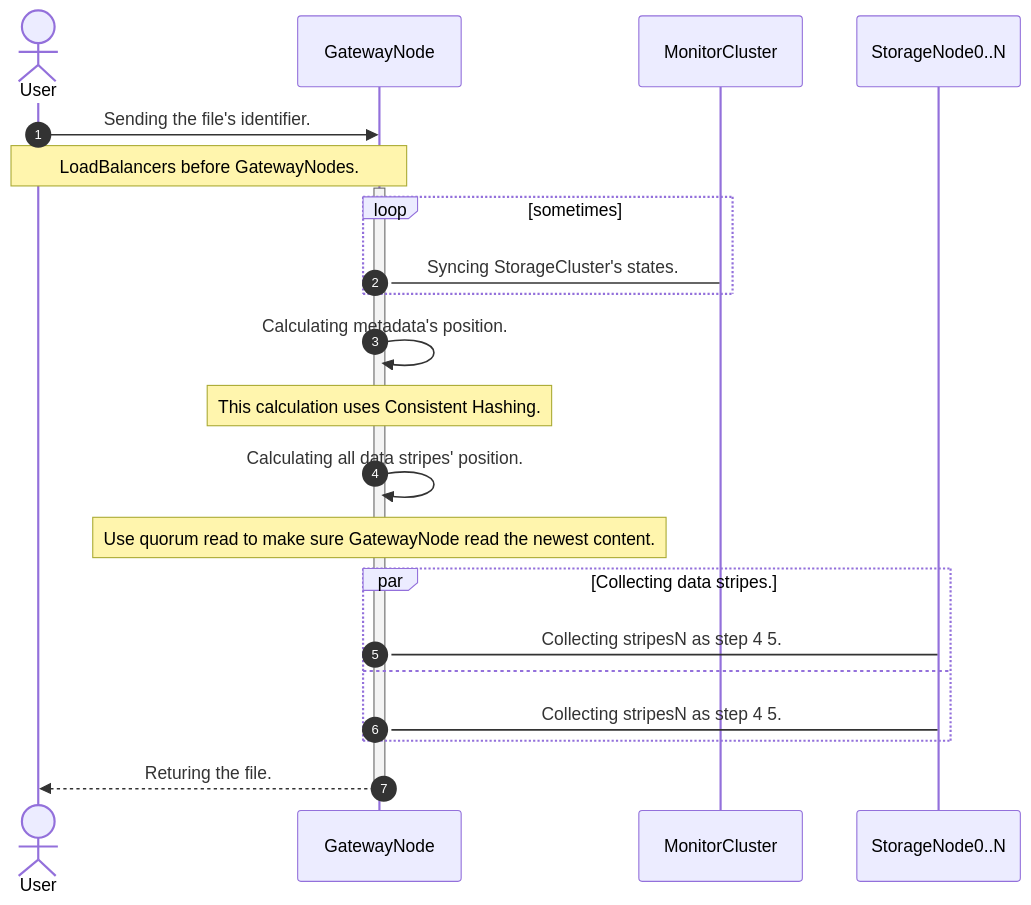
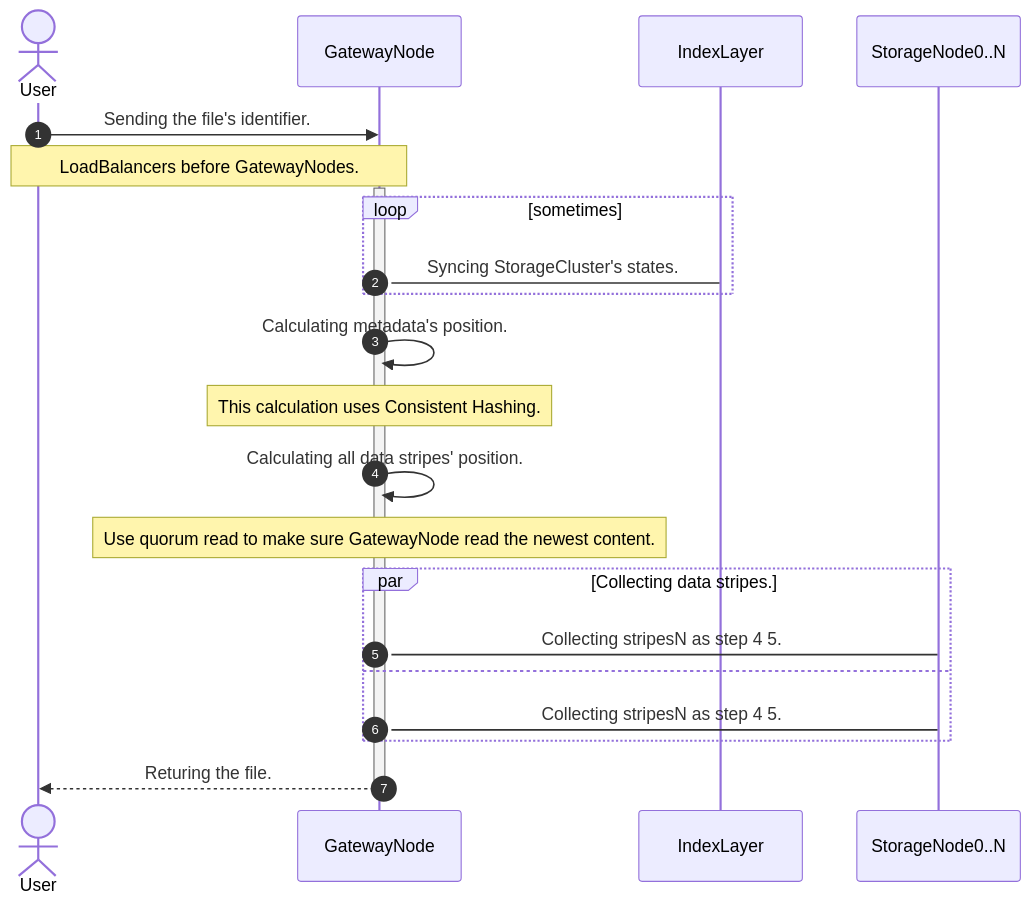
One commit to emon100/HADSS changed the second of 3 diagrams in README.md. Above: the diagram before and after it, drawn with Mermaid. The commit also changed other lines of this file and 1 other file, not shown here.

````diff
--- a/README.md
+++ b/README.md
@@ -77,28 +78,28 @@
 ```mermaid
 sequenceDiagram
     autonumber
     actor User
     
     User->>GatewayNode: Sending the file's identifier.
     Note over User, GatewayNode: LoadBalancers before GatewayNodes.
     activate GatewayNode
     
     loop sometimes
-        GatewayNode->MonitorCluster: Syncing StorageCluster's states.
+        GatewayNode->IndexLayer: Syncing StorageCluster's states.
     end
     
     GatewayNode->>GatewayNode: Calculating metadata's position. 
     Note over GatewayNode, GatewayNode: This calculation uses Consistent Hashing. 
     
     GatewayNode->>GatewayNode: Calculating all data stripes' position. 
     
     Note over GatewayNode, GatewayNode: Use quorum read to make sure GatewayNode read the newest content. 
     par Collecting data stripes.
     GatewayNode->StorageNode0..N: Collecting stripesN as step 4 5.
     and
     GatewayNode->StorageNode0..N: Collecting stripesN as step 4 5.
     end
     GatewayNode-->>User: Returing the file.
     deactivate GatewayNode
     
 ```
````
